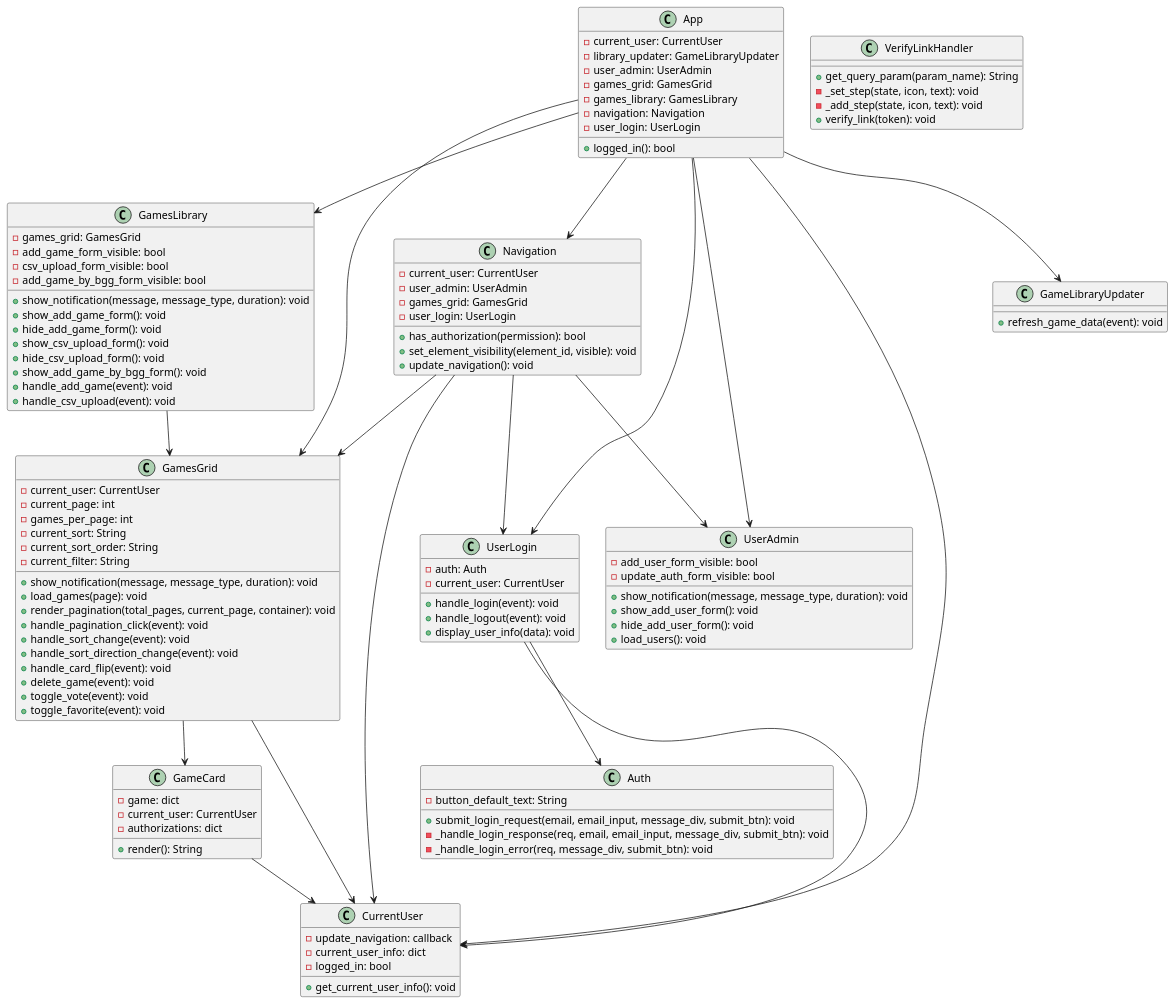
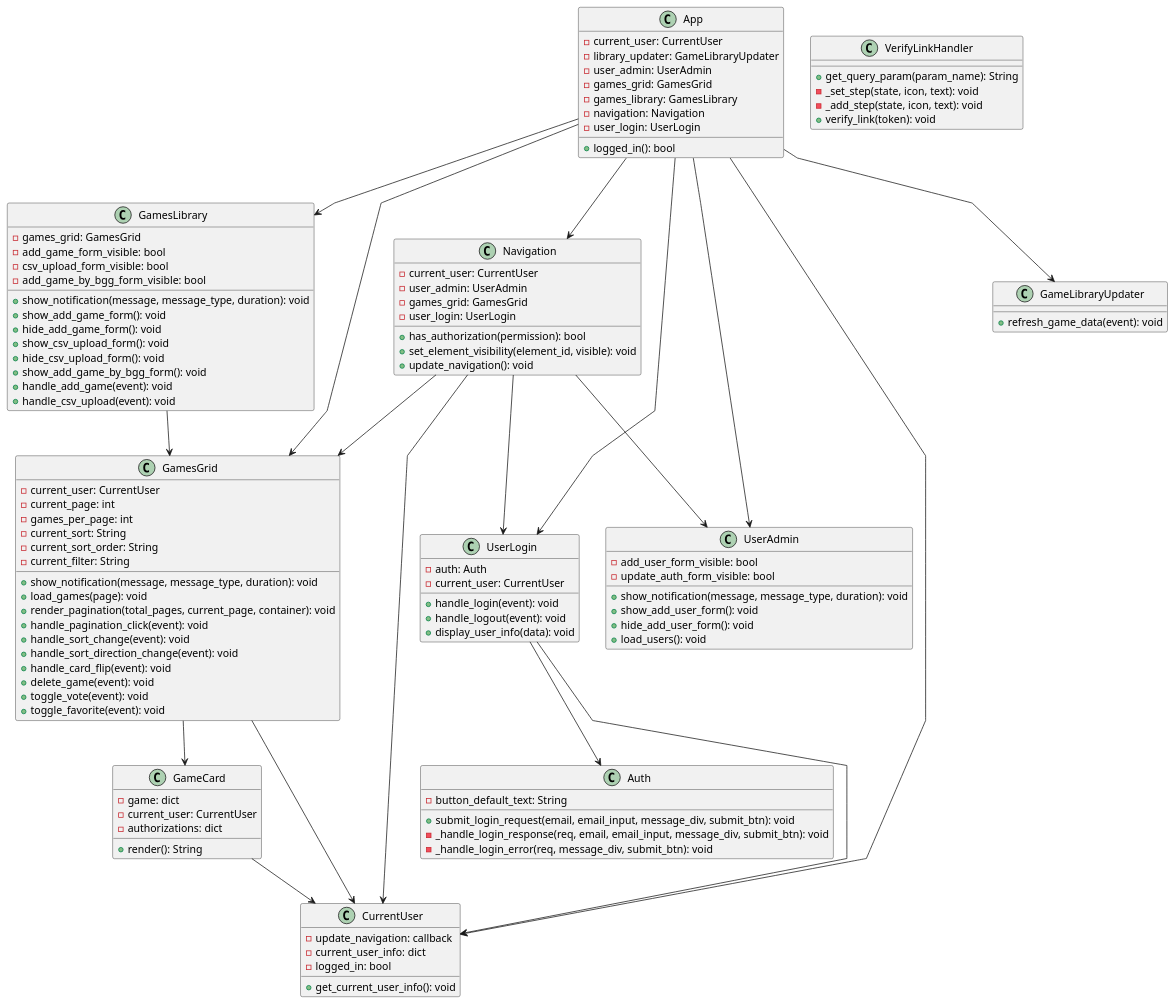
The fourth of 6 diagrams in Game Group Site.md (leshmark/gamegroup), drawn with PlantUML before and after one commit. The commit also changed other lines of this file and 1 other file, not shown here.

````diff
--- a/Game Group Site.md
+++ b/Game Group Site.md
@@ -288,5 +288,6 @@
 ```plantuml
 @startuml
+skinparam linetype polyline
 class App {
     - current_user: CurrentUser
     - library_updater: GameLibraryUpdater
````
